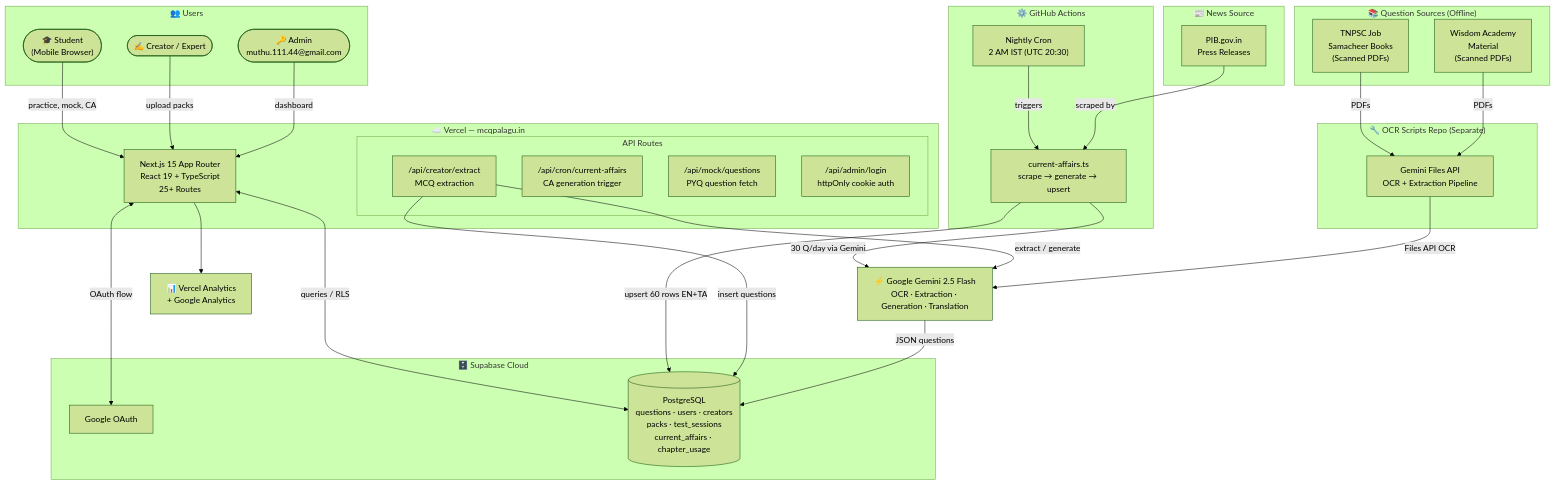
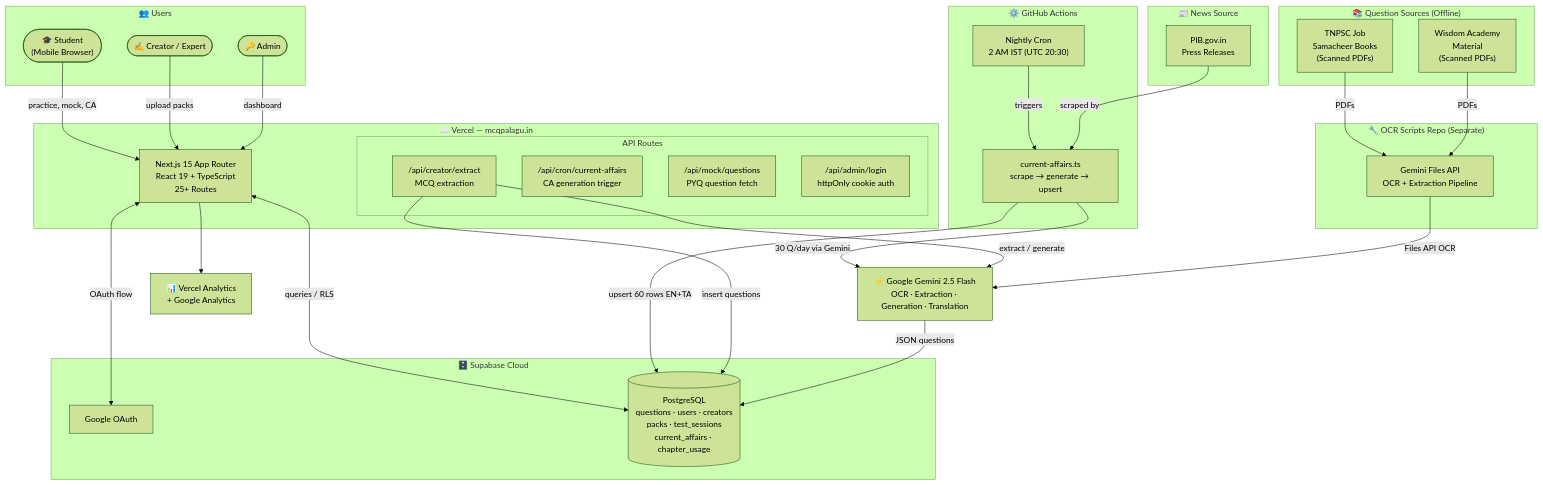
One commit to MuthuselviG/vaagai changed the first of 8 diagrams in docs/ARCHITECTURE.md. Above: the diagram before and after it, drawn with Mermaid (forest theme). The commit also changed 7 other files, not shown here.

````diff
--- a/docs/ARCHITECTURE.md
+++ b/docs/ARCHITECTURE.md
@@ -11,73 +11,73 @@
 ```mermaid
 graph TB
     subgraph Users["👥 Users"]
         Student(["🎓 Student\n(Mobile Browser)"])
         Creator(["✍️ Creator / Expert"])
-        Admin(["🔑 Admin\nmuthu.111.44@gmail.com"])
+        Admin(["🔑 Admin"])
     end
 
     subgraph ExternalNews["📰 News Source"]
         PIB["PIB.gov.in\nPress Releases"]
     end
 
     subgraph QuestionSources["📚 Question Sources (Offline)"]
         TNPSCJob["TNPSC Job\nSamacheer Books\n(Scanned PDFs)"]
         WisdomAcademy["Wisdom Academy\nMaterial\n(Scanned PDFs)"]
     end
 
     subgraph ScriptsRepo["🔧 OCR Scripts Repo (Separate)"]
         OCRPipeline["Gemini Files API\nOCR + Extraction Pipeline"]
     end
 
     subgraph GHActions["⚙️ GitHub Actions"]
         Cron["Nightly Cron\n2 AM IST (UTC 20:30)"]
         CAScript["current-affairs.ts\nscrape → generate → upsert"]
     end
 
     subgraph Vercel["☁️ Vercel — mcqpalagu.in"]
         NextJS["Next.js 15 App Router\nReact 19 + TypeScript\n25+ Routes"]
         subgraph API["API Routes"]
             CreatorAPI["/api/creator/extract\nMCQ extraction"]
             CronAPI["/api/cron/current-affairs\nCA generation trigger"]
             MockAPI["/api/mock/questions\nPYQ question fetch"]
             AdminAPI["/api/admin/login\nhttpOnly cookie auth"]
         end
     end
 
     subgraph SupabaseCloud["🗄️ Supabase Cloud"]
         GoogleOAuth["Google OAuth"]
         PG[("PostgreSQL\nquestions · users · creators\npacks · test_sessions\ncurrent_affairs · chapter_usage")]
     end
 
     Gemini["⚡ Google Gemini 2.5 Flash\nOCR · Extraction · Generation · Translation"]
 
     Analytics["📊 Vercel Analytics\n+ Google Analytics"]
 
     %% User flows
     Student -->|practice, mock, CA| NextJS
     Creator -->|upload packs| NextJS
     Admin -->|dashboard| NextJS
 
     %% Auth
     NextJS <-->|OAuth flow| GoogleOAuth
     NextJS <-->|queries / RLS| PG
 
     %% Cron pipeline
     Cron -->|triggers| CAScript
     PIB -->|scraped by| CAScript
     CAScript -->|30 Q/day via Gemini| Gemini
     CAScript -->|upsert 60 rows EN+TA| PG
 
     %% Creator upload
     CreatorAPI -->|extract / generate| Gemini
     CreatorAPI -->|insert questions| PG
 
     %% OCR pipeline (separate repo)
     TNPSCJob -->|PDFs| OCRPipeline
     WisdomAcademy -->|PDFs| OCRPipeline
     OCRPipeline -->|Files API OCR| Gemini
     Gemini -->|JSON questions| PG
 
     %% Analytics
     NextJS --> Analytics
 ```
````
